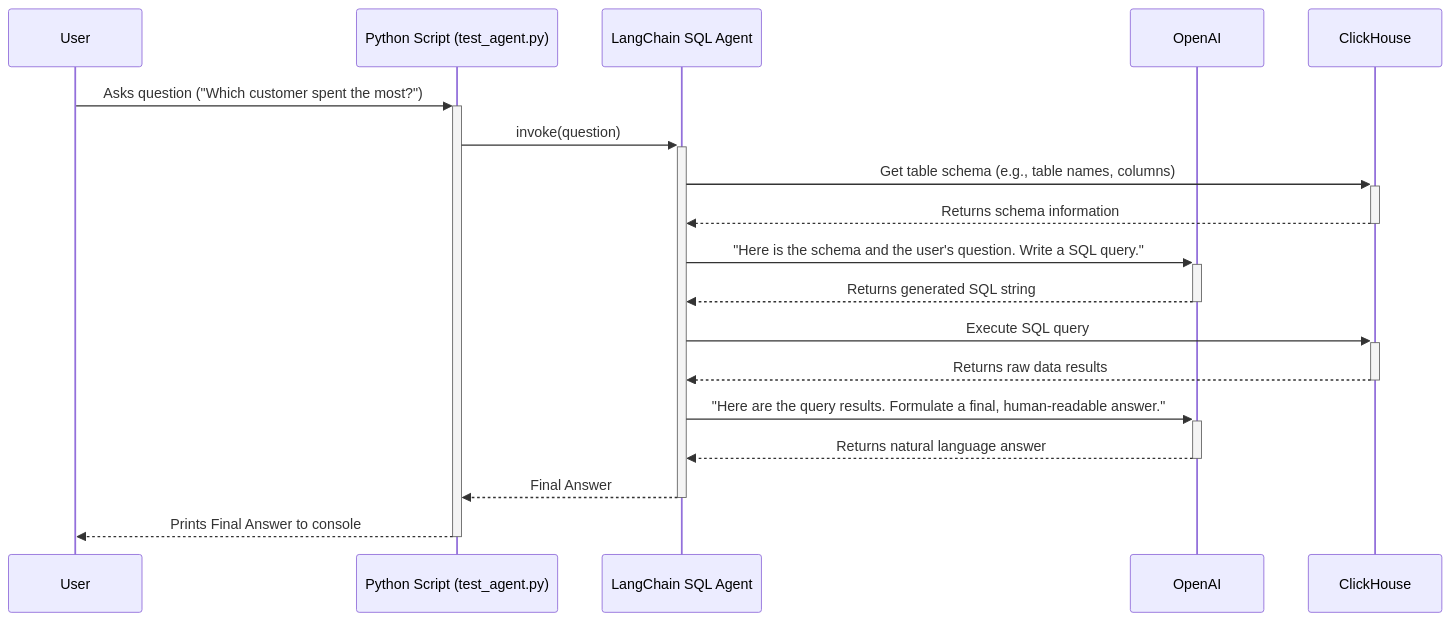
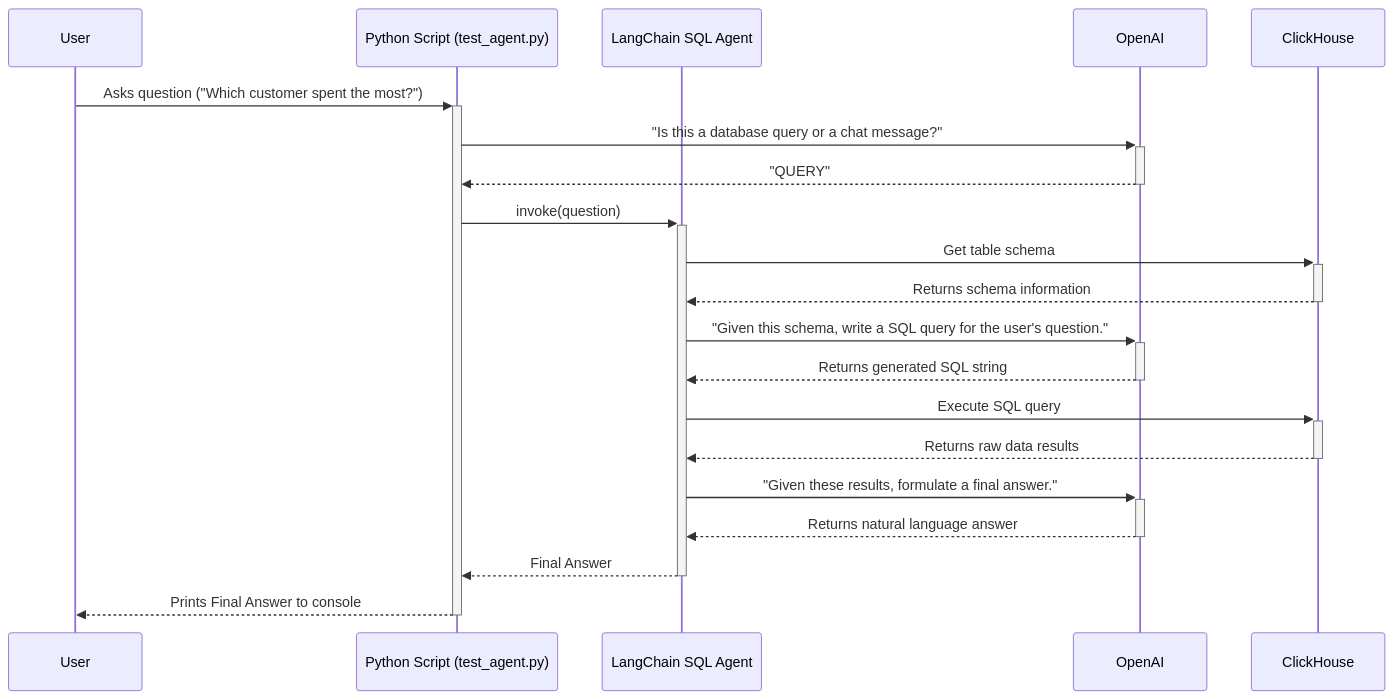
One commit to Mordris/langchain-clickhouse-sql-agent changed the diagram in README.md. Above: the diagram before and after it, drawn with Mermaid. The commit also changed other lines of this file and 1 other file, not shown here.

Commit message:
Update README.md for improved clarity and detail; enhance interactive demo features and error handling in test_agent.py

````diff
--- a/README.md
+++ b/README.md
@@ -25,21 +27,23 @@
 ```mermaid
 sequenceDiagram
     participant User
     participant App as Python Script (test_agent.py)
     participant Agent as LangChain SQL Agent
     participant OpenAI
     participant ClickHouse
 
     User->>+App: Asks question ("Which customer spent the most?")
+    App->>+OpenAI: "Is this a database query or a chat message?"
+    OpenAI-->>-App: "QUERY"
     App->>+Agent: invoke(question)
-    Agent->>+ClickHouse: Get table schema (e.g., table names, columns)
+    Agent->>+ClickHouse: Get table schema
     ClickHouse-->>-Agent: Returns schema information
-    Agent->>+OpenAI: "Here is the schema and the user's question. Write a SQL query."
+    Agent->>+OpenAI: "Given this schema, write a SQL query for the user's question."
     OpenAI-->>-Agent: Returns generated SQL string
     Agent->>+ClickHouse: Execute SQL query
     ClickHouse-->>-Agent: Returns raw data results
-    Agent->>+OpenAI: "Here are the query results. Formulate a final, human-readable answer."
+    Agent->>+OpenAI: "Given these results, formulate a final answer."
     OpenAI-->>-Agent: Returns natural language answer
     Agent-->>-App: Final Answer
     App-->>-User: Prints Final Answer to console
 ```
````
